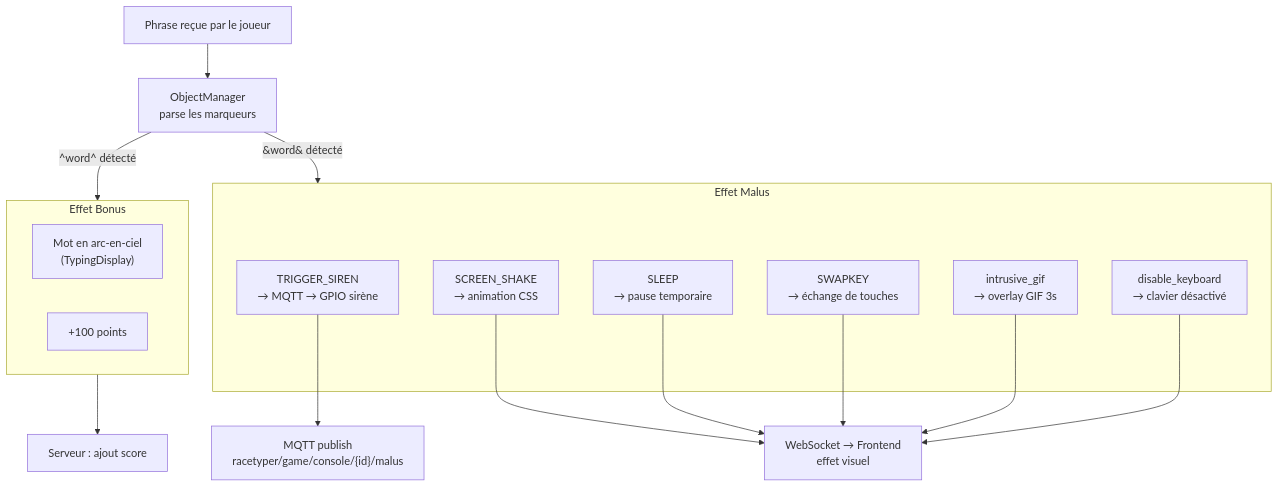
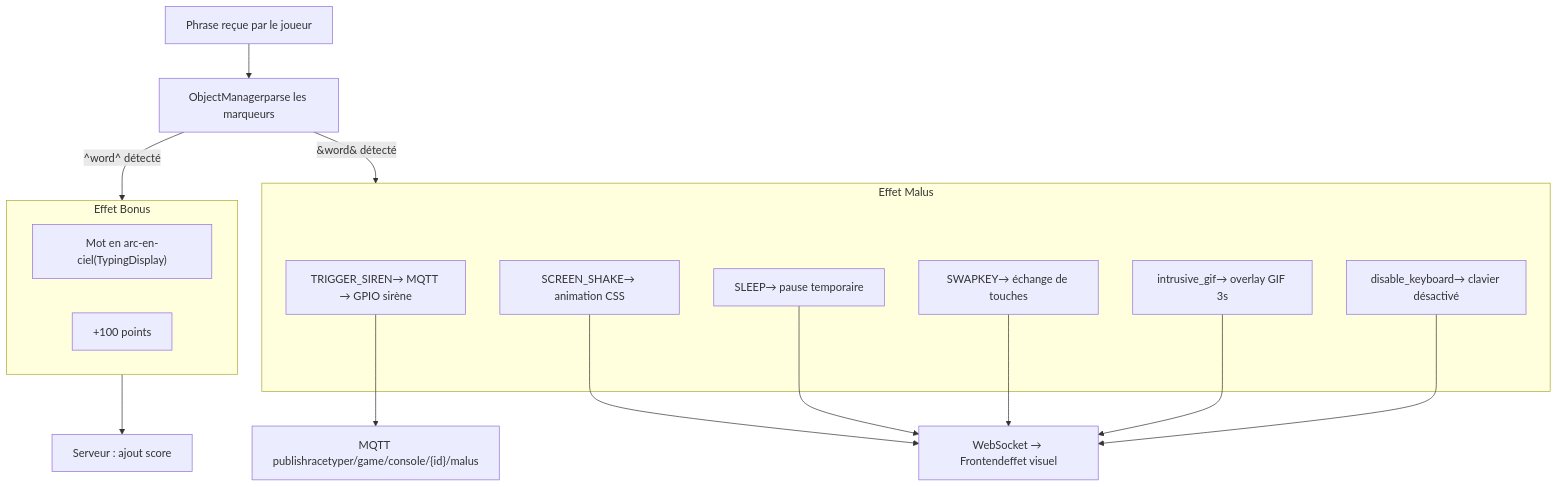
Diagram 12 of 17 in ARCHITECTURE.md (EnterNAthan/RaceTyper), drawn with Mermaid before and after one commit. The commit also changed other lines of this file, not shown here.

Commit message:
fix architecture markdown

````diff
--- a/ARCHITECTURE.md
+++ b/ARCHITECTURE.md
@@ -458,32 +468,32 @@
 ```mermaid
 flowchart TD
     PHRASE["Phrase reçue par le joueur"]
-    OM["ObjectManager\nparse les marqueurs"]
+    OM["ObjectManagerparse les marqueurs"]
 
     PHRASE --> OM
 
     OM -- "^word^ détecté" --> BONUS
     OM -- "&word& détecté" --> MALUS
 
     subgraph BONUS["Effet Bonus"]
-        B1["Mot en arc-en-ciel\n(TypingDisplay)"]
+        B1["Mot en arc-en-ciel(TypingDisplay)"]
         B2["+100 points"]
     end
 
     subgraph MALUS["Effet Malus"]
-        M1["TRIGGER_SIREN\n→ MQTT → GPIO sirène"]
-        M2["SCREEN_SHAKE\n→ animation CSS"]
-        M3["SLEEP\n→ pause temporaire"]
-        M4["SWAPKEY\n→ échange de touches"]
-        M5["intrusive_gif\n→ overlay GIF 3s"]
-        M6["disable_keyboard\n→ clavier désactivé"]
+        M1["TRIGGER_SIREN→ MQTT → GPIO sirène"]
+        M2["SCREEN_SHAKE→ animation CSS"]
+        M3["SLEEP→ pause temporaire"]
+        M4["SWAPKEY→ échange de touches"]
+        M5["intrusive_gif→ overlay GIF 3s"]
+        M6["disable_keyboard→ clavier désactivé"]
     end
 
     BONUS --> SRV_SCORE["Serveur : ajout score"]
-    M1 --> MQTT_PUB["MQTT publish\nracetyper/game/console/{id}/malus"]
-    M2 --> WS_MALUS["WebSocket → Frontend\neffet visuel"]
+    M1 --> MQTT_PUB["MQTT publishracetyper/game/console/{id}/malus"]
+    M2 --> WS_MALUS["WebSocket → Frontendeffet visuel"]
     M3 --> WS_MALUS
     M4 --> WS_MALUS
     M5 --> WS_MALUS
     M6 --> WS_MALUS
 ```
````
